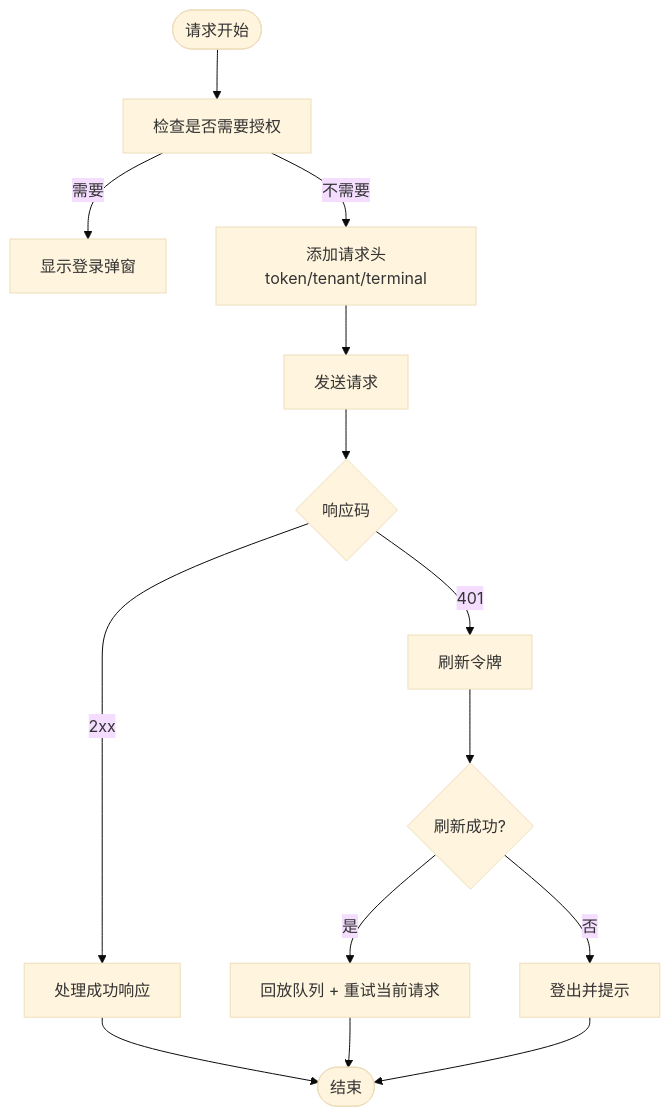
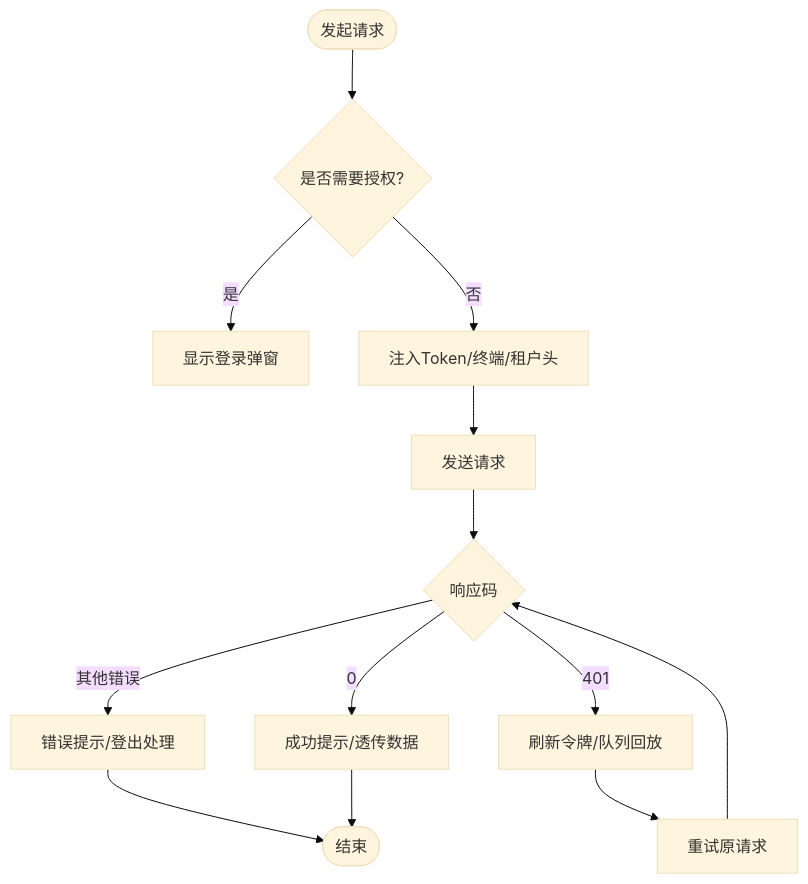
One commit to zhuangpengLI/AgenticCPS changed the fifth of 6 diagrams in .qoder/repowiki/zh/content/前端应用架构/前端应用架构.md. Above: the diagram before and after it, drawn with Mermaid (base theme). The commit also changed other lines of this file and 293 other files, not shown here.

````diff
--- a/.qoder/repowiki/zh/content/前端应用架构/前端应用架构.md
+++ b/.qoder/repowiki/zh/content/前端应用架构/前端应用架构.md
@@ -269,16 +261,15 @@
 ```mermaid
 flowchart TD
-Start(["请求开始"]) --> CheckAuth["检查是否需要授权"]
-CheckAuth --> |需要| ShowAuth["显示登录弹窗"]
-CheckAuth --> |不需要| AddHeaders["添加请求头token/tenant/terminal"]
-AddHeaders --> Send["发送请求"]
-Send --> Resp{"响应码"}
-Resp --> |2xx| Success["处理成功响应"]
-Resp --> |401| Refresh["刷新令牌"]
-Refresh --> RefreshOK{"刷新成功?"}
-RefreshOK --> |是| ReSend["回放队列 + 重试当前请求"]
-RefreshOK --> |否| Logout["登出并提示"]
-Success --> End(["结束"])
-ReSend --> End
-Logout --> End
+Start(["发起请求"]) --> CheckAuth{"是否需要授权?"}
+CheckAuth --> |是| ShowAuth["显示登录弹窗"]
+CheckAuth --> |否| AddHeaders["注入Token/终端/租户头"]
+AddHeaders --> SendReq["发送请求"]
+SendReq --> Resp{"响应码"}
+Resp --> |0| HandleSuccess["成功提示/透传数据"]
+Resp --> |401| Refresh["刷新令牌/队列回放"]
+Refresh --> Retry["重试原请求"]
+Retry --> Resp
+Resp --> |其他错误| HandleError["错误提示/登出处理"]
+HandleError --> End(["结束"])
+HandleSuccess --> End
 ```
````
